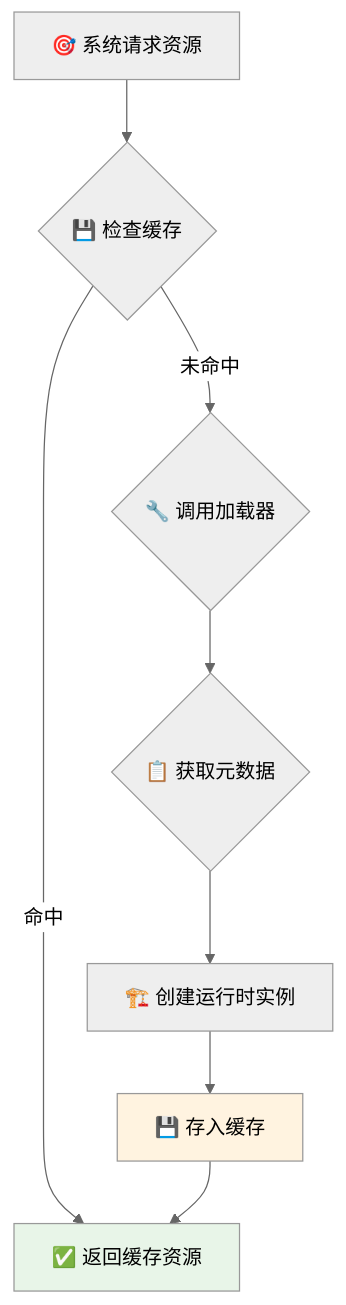
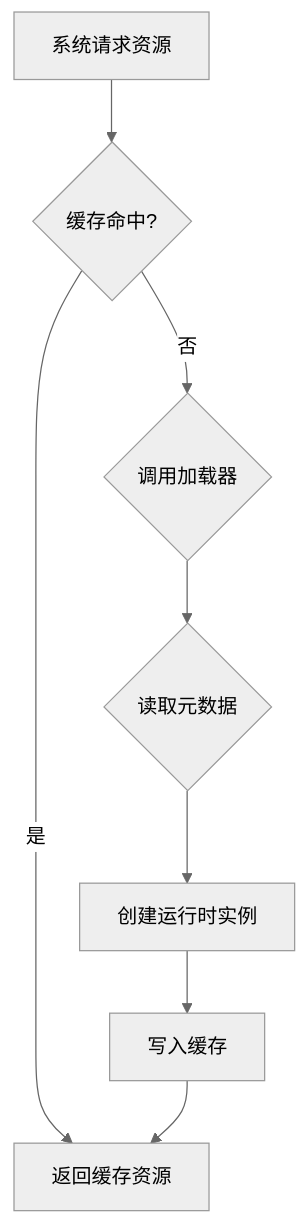
Before and after one commit to NGLSG/Luma: the third of 11 diagrams in ARCHITECTURE.md, drawn with Mermaid (neutral theme). The commit also changed other lines of this file and 27 other files, not shown here.

````diff
--- a/ARCHITECTURE.md
+++ b/ARCHITECTURE.md
@@ -95,13 +93,10 @@
 ```mermaid
 graph TD
-    A[🎯 系统请求资源] --> B{💾 检查缓存}
-B -->|命中|C[✅ 返回缓存资源]
-B -->|未命中|D{🔧 调用加载器}
-D --> E{📋 获取元数据}
-E --> F[🏗️ 创建运行时实例]
-F --> G[💾 存入缓存]
-G --> C
-
-style C fill: #e8f5e8
-style G fill: #fff3e0
+    A[系统请求资源] --> B{缓存命中?}
+    B -->|是| C[返回缓存资源]
+    B -->|否| D{调用加载器}
+    D --> E{读取元数据}
+    E --> F[创建运行时实例]
+    F --> G[写入缓存]
+    G --> C
 ```
````
